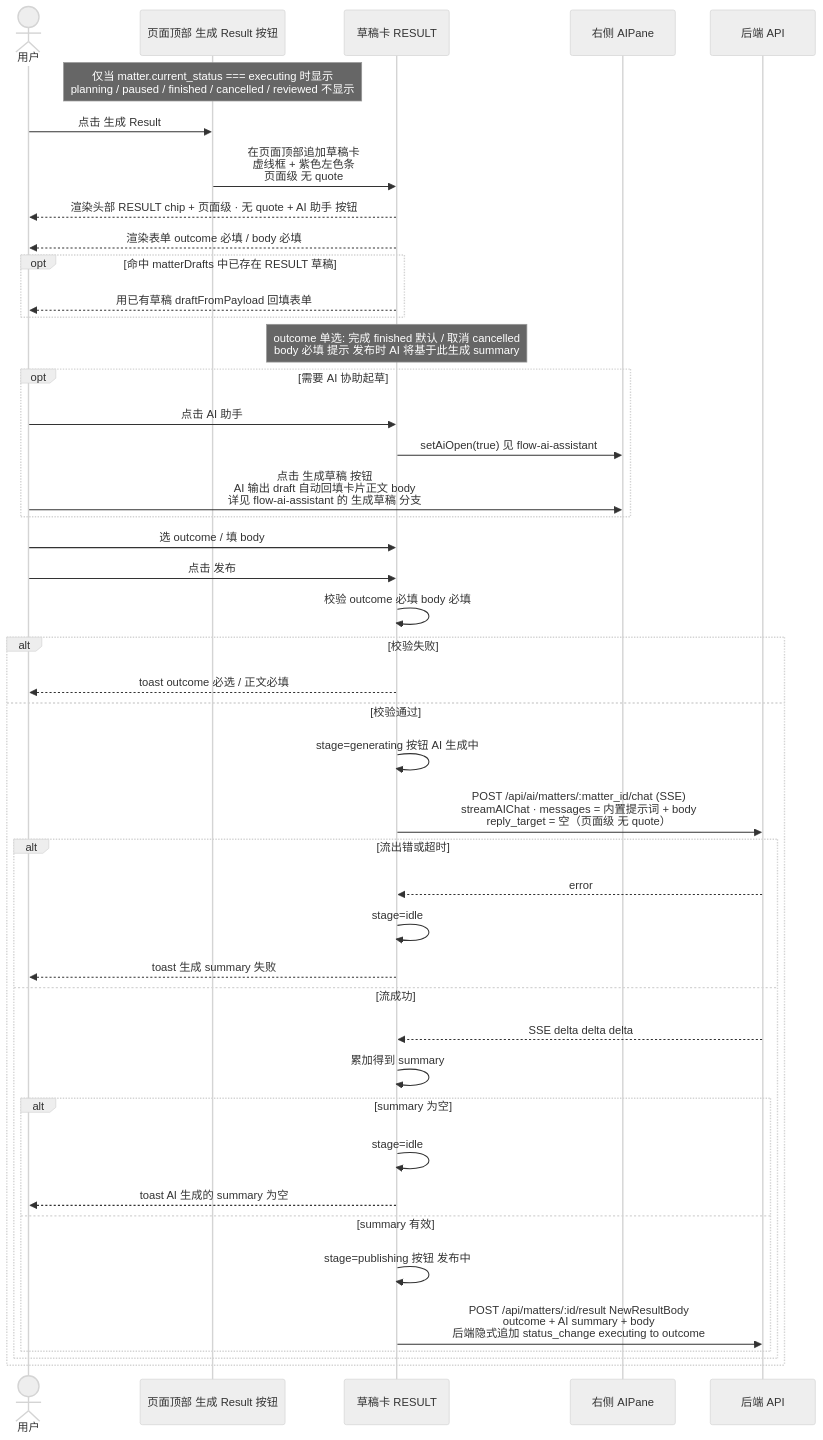
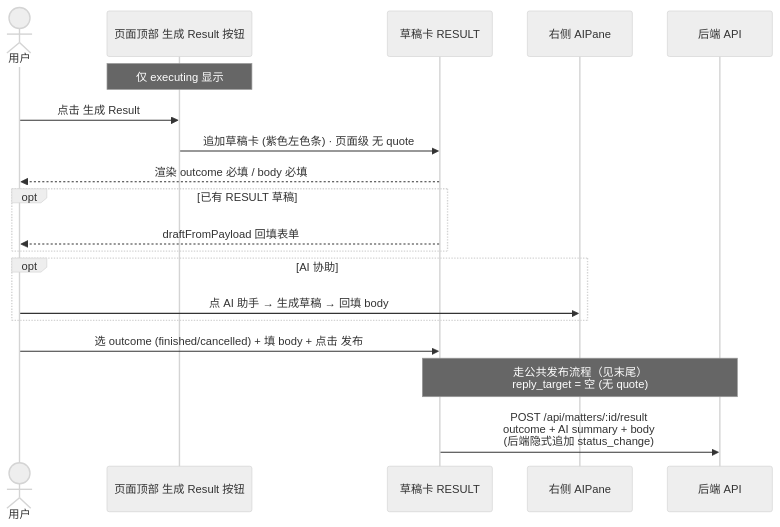
One commit to Tjk666Tjk6660/team-pivot-web changed the fourth of 6 diagrams in AI-docs/workflow-interaction/flow-cards-all.md. Above: the diagram before and after it, drawn with Mermaid (neutral theme). The commit also changed other lines of this file and 2 other files, not shown here.

Commit message:
docs(matter): add workflow-interaction sequence diagram

````diff
--- a/AI-docs/workflow-interaction/flow-cards-all.md
+++ b/AI-docs/workflow-interaction/flow-cards-all.md
@@ -214,53 +129,26 @@
 ```mermaid
 sequenceDiagram
   actor U as 用户
   participant PB as 页面顶部 生成 Result 按钮
   participant DC as 草稿卡 RESULT
   participant AP as 右侧 AIPane
   participant API as 后端 API
 
-  Note over PB: 仅当 matter.current_status === executing 时显示<br/>planning / paused / finished / cancelled / reviewed 不显示
+  Note over PB: 仅 executing 显示
 
   U->>PB: 点击 生成 Result
-  PB->>DC: 在页面顶部追加草稿卡<br/>虚线框 + 紫色左色条<br/>页面级 无 quote
-  DC-->>U: 渲染头部 RESULT chip + 页面级 · 无 quote + AI 助手 按钮
-  DC-->>U: 渲染表单 outcome 必填 / body 必填
-  opt 命中 matterDrafts 中已存在 RESULT 草稿
-    DC-->>U: 用已有草稿 draftFromPayload 回填表单
-  end
-  Note over DC: outcome 单选: 完成 finished 默认 / 取消 cancelled<br/>body 必填 提示 发布时 AI 将基于此生成 summary
+  PB->>DC: 追加草稿卡 (紫色左色条) · 页面级 无 quote
+  DC-->>U: 渲染 outcome 必填 / body 必填
 
-  opt 需要 AI 协助起草
-    U->>DC: 点击 AI 助手
-    DC->>AP: setAiOpen(true) 见 flow-ai-assistant
-    U->>AP: 点击 生成草稿 按钮<br/>AI 输出 draft 自动回填卡片正文 body<br/>详见 flow-ai-assistant 的 生成草稿 分支
+  opt 已有 RESULT 草稿
+    DC-->>U: draftFromPayload 回填表单
   end
 
-  U->>DC: 选 outcome / 填 body
-  U->>DC: 点击 发布
+  opt AI 协助
+    U->>AP: 点 AI 助手 → 生成草稿 → 回填 body
+  end
 
-  DC->>DC: 校验 outcome 必填 body 必填
-  alt 校验失败
-    DC-->>U: toast outcome 必选 / 正文必填
-  else 校验通过
-    DC->>DC: stage=generating 按钮 AI 生成中
-
-    DC->>API: POST /api/ai/matters/:matter_id/chat (SSE)<br/>streamAIChat · messages = 内置提示词 + body<br/>reply_target = 空（页面级 无 quote）
-    alt 流出错或超时
-      API-->>DC: error
-      DC->>DC: stage=idle
-      DC-->>U: toast 生成 summary 失败
-    else 流成功
-      API-->>DC: SSE delta delta delta
-      DC->>DC: 累加得到 summary
-
-      alt summary 为空
-        DC->>DC: stage=idle
-        DC-->>U: toast AI 生成的 summary 为空
-      else summary 有效
-        DC->>DC: stage=publishing 按钮 发布中
-        DC->>API: POST /api/matters/:id/result NewResultBody<br/>outcome + AI summary + body<br/>后端隐式追加 status_change executing to outcome
-      end
-    end
-  end
+  U->>DC: 选 outcome (finished/cancelled) + 填 body + 点击 发布
+  Note over DC,API: 走公共发布流程（见末尾）<br/>reply_target = 空 (无 quote)
+  DC->>API: POST /api/matters/:id/result<br/>outcome + AI summary + body<br/>(后端隐式追加 status_change)
 ```
````
